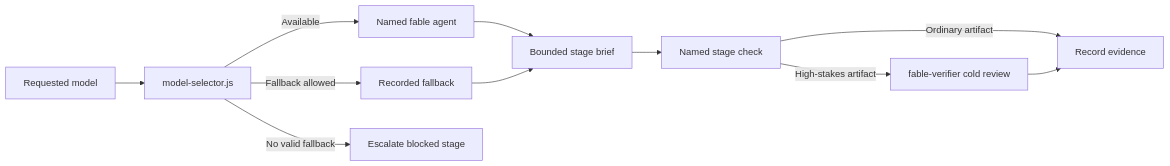
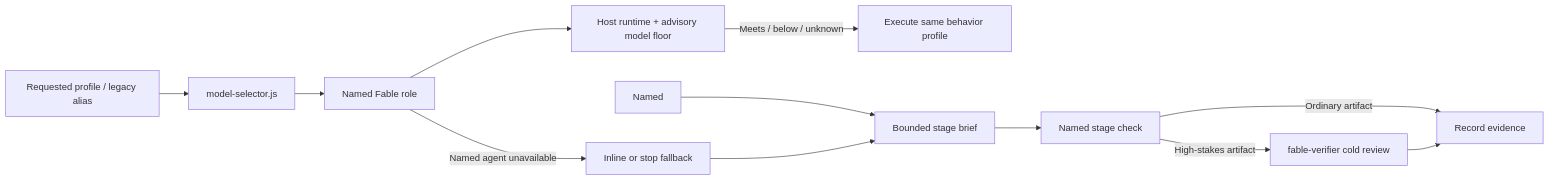
Before and after one commit to dyphn1/Harness-everything: the third of 4 diagrams in docs/workflows/fable-mode.md, drawn with Mermaid. The commit also changed other lines of this file and 1 other file, not shown here.

Commit message:
docs(fable-mode): separate profiles from host model floors

````diff
--- a/docs/workflows/fable-mode.md
+++ b/docs/workflows/fable-mode.md
@@ -45,13 +45,14 @@
 ```mermaid
 flowchart LR
-  Requested[Requested model] --> Selector[model-selector.js]
-  Selector -->|Available| Named[Named fable agent]
-  Selector -->|Fallback allowed| Fallback[Recorded fallback]
-  Selector -->|No valid fallback| Blocked[Escalate blocked stage]
+  Requested[Requested profile / legacy alias] --> Selector[model-selector.js]
+  Selector --> Role[Named Fable role]
+  Role --> Runtime[Host runtime + advisory model floor]
+  Runtime -->|Meets / below / unknown| Execute[Execute same behavior profile]
+  Role -->|Named agent unavailable| Fallback[Inline or stop fallback]
   Named --> Stage[Bounded stage brief]
   Fallback --> Stage
   Stage --> Verify[Named stage check]
   Verify -->|High-stakes artifact| Cold[fable-verifier cold review]
   Verify -->|Ordinary artifact| Record[Record evidence]
   Cold --> Record
 ```
````
